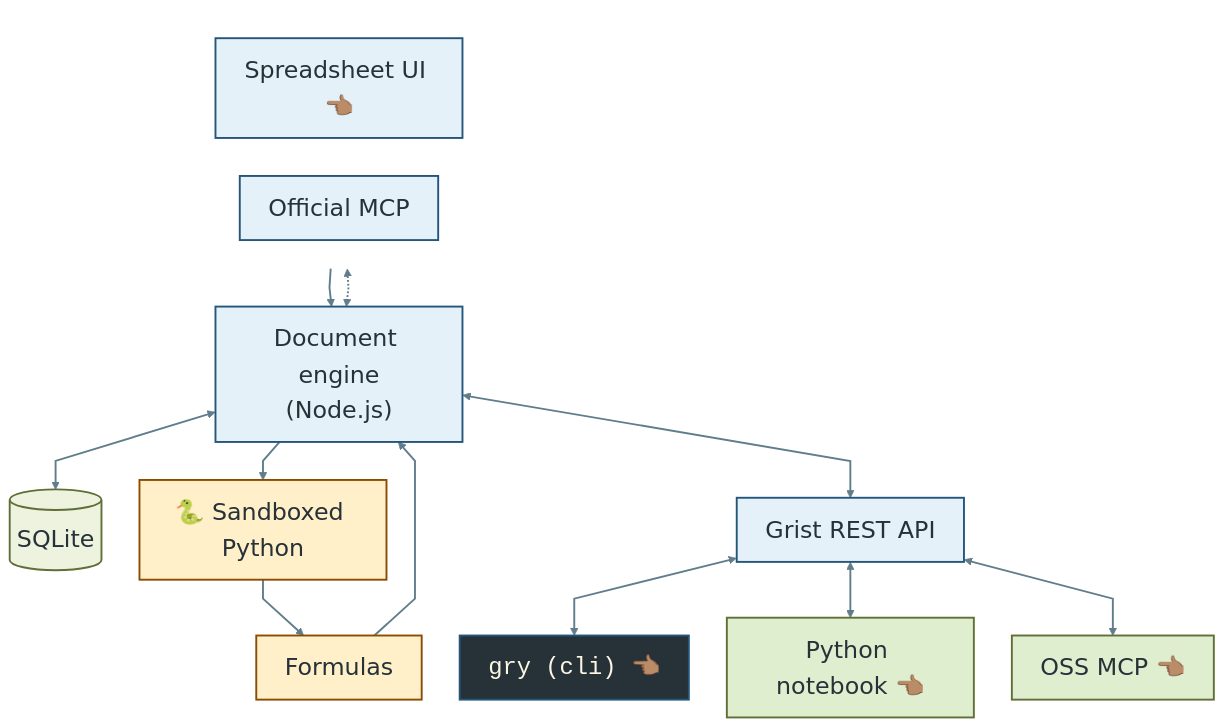
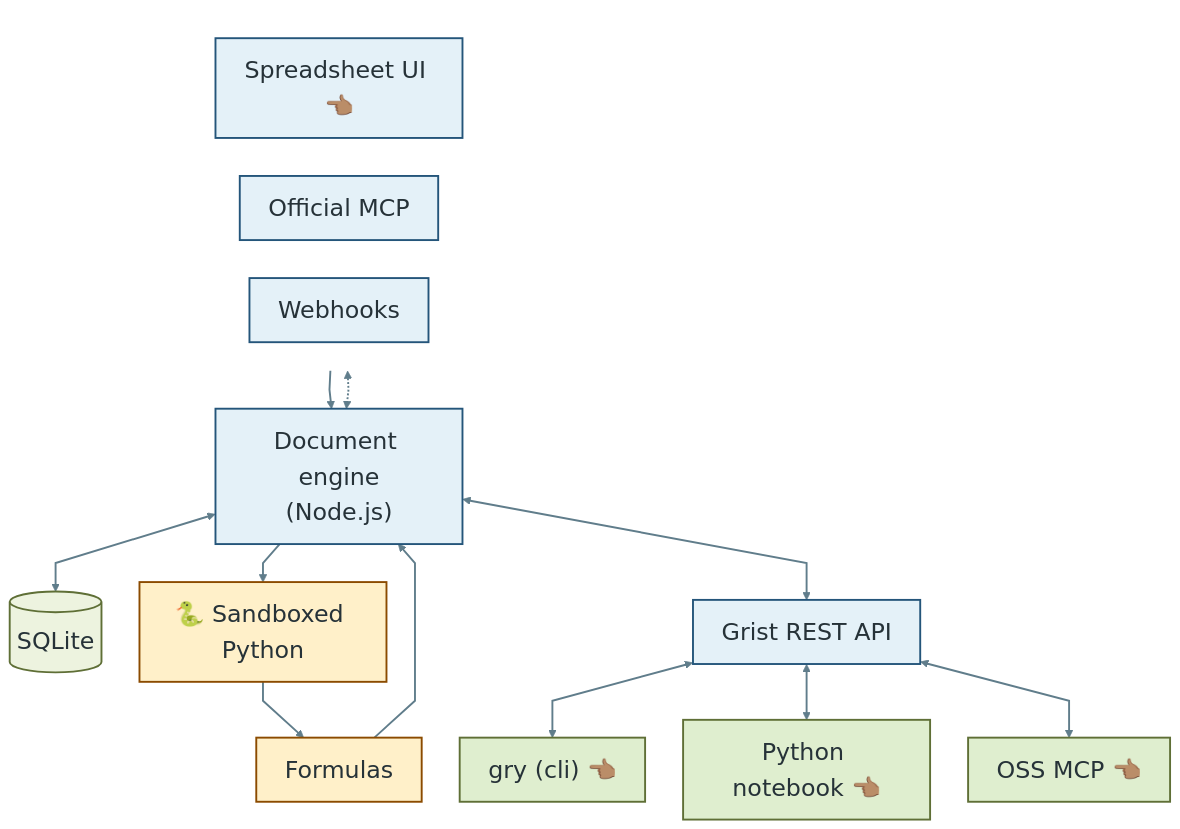
The diagram in slides.qmd (D3f0/py-spreadsheets-2026), drawn with Mermaid before and after one commit. The commit also changed other lines of this file and 11 other files, not shown here.

````diff
--- a/slides.qmd
+++ b/slides.qmd
@@ -255,49 +260,50 @@
 ```{mermaid}
 %%{init: {
   "theme": "base",
   "flowchart": {"curve": "linear", "htmlLabels": true, "nodeSpacing": 40, "rankSpacing": 40, "diagramPadding": 6},
   "themeVariables": {
     "background": "#fdf6e3",
     "primaryColor": "#e4f1f8",
     "primaryTextColor": "#263238",
     "primaryBorderColor": "#24557a",
     "lineColor": "#607d8b",
     "clusterBkg": "#f8f1df",
     "clusterBorder": "#9aadaf",
     "fontFamily": "system-ui, sans-serif",
     "fontSize": "25px"
   }
 }}%%
 flowchart TB
     subgraph TopRow[" "]
         direction LR
         UI["Spreadsheet UI 👈🏽"]
         OfficialMCP["Official MCP"]
+        Webhooks
     end
 
     UI --> Engine["Document engine<br/>(Node.js)"]
     OfficialMCP <-.-> Engine
     Engine <--> DB[("SQLite")]
     Engine --> Sandbox["🐍 Sandboxed Python"] --> Formulas["Formulas"]
     Formulas --> Engine
     Engine <--> API["Grist REST API"]
 
     API <--> CLI["gry (cli) 👈🏽"]
     API <--> Notebook["Python notebook 👈🏽"]
     API <--> MCP["OSS MCP 👈🏽"]
 
-    classDef ui fill:#e4f1f8,stroke:#24557a,color:#263238,stroke-width:2px,font-size:25px;
+    classDef grist fill:#e4f1f8,stroke:#24557a,color:#263238,stroke-width:2px,font-size:25px;
     classDef python fill:#fff0c9,stroke:#8b4b00,color:#263238,stroke-width:2px,font-size:25px;
     classDef data fill:#edf3df,stroke:#5f6f36,color:#263238,stroke-width:2px,font-size:25px;
     classDef client fill:#dfeecf,stroke:#5f6f36,color:#263238,stroke-width:2px,font-size:25px;
     classDef terminal fill:#263238,stroke:#24557a,color:#fdf6e3,stroke-width:2px,font-family:monospace,font-size:25px;
     classDef mcp fill:#fdf6e3,stroke:#5f6f36,color:#263238,stroke-width:2px, font-size:25px;
-    class UI,Engine,API,OfficialMCP ui;
+    class UI,Engine,API,OfficialMCP,Webhooks grist;
     class Sandbox,Formulas python;
     class Notebook client;
-    class CLI terminal;
+    class CLI client;
     class DB data;
     class MCP client;
     style TopRow fill:none,stroke:none;
     linkStyle default stroke:#607d8b,stroke-width:2px;
 ```
````
